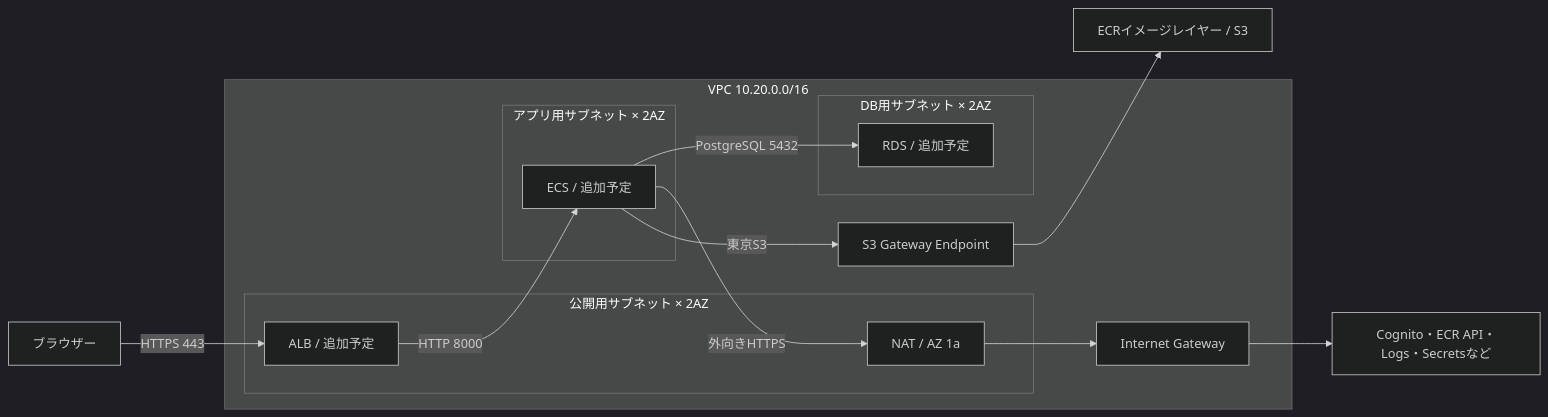
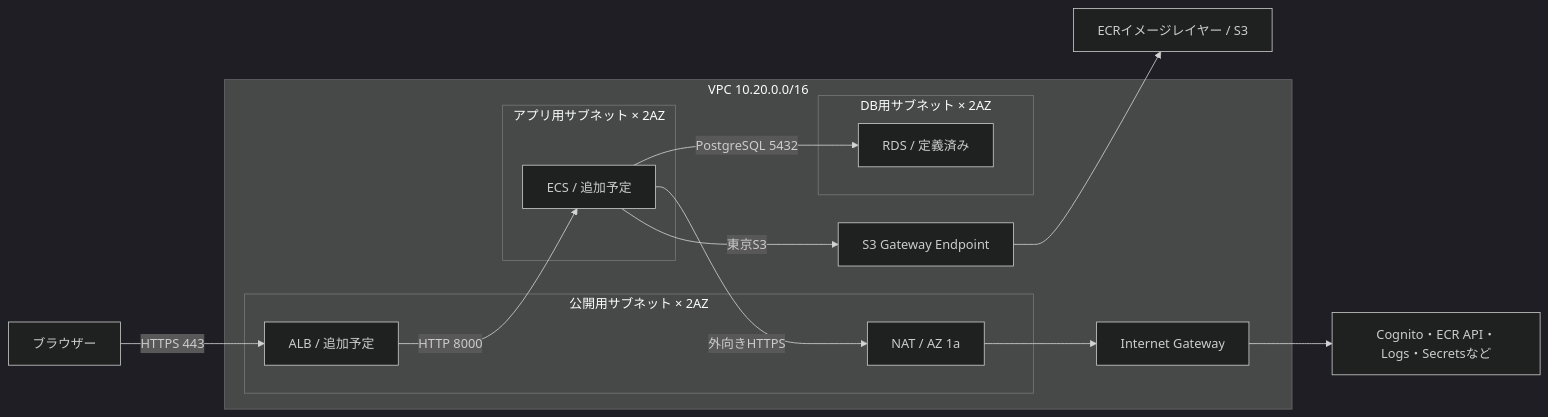
The diagram in docs/runbooks/terraform-network.md (Toridesu/reading-log), drawn with Mermaid (dark theme) before and after one commit. The commit also changed other lines of this file and 15 other files, not shown here.

````diff
--- a/docs/runbooks/terraform-network.md
+++ b/docs/runbooks/terraform-network.md
@@ -39,25 +39,25 @@
 ```mermaid
 flowchart LR
   USER[ブラウザー] -->|HTTPS 443| ALB
   subgraph VPC["VPC 10.20.0.0/16"]
     subgraph PUBLIC[公開用サブネット × 2AZ]
       ALB[ALB / 追加予定]
       NAT[NAT / AZ 1a]
     end
     subgraph APP[アプリ用サブネット × 2AZ]
       ECS[ECS / 追加予定]
     end
     subgraph DATA[DB用サブネット × 2AZ]
-      DB[RDS / 追加予定]
+      DB[RDS / 定義済み]
     end
     IGW[Internet Gateway]
     EP[S3 Gateway Endpoint]
     ALB -->|HTTP 8000| ECS
     ECS -->|PostgreSQL 5432| DB
     ECS -->|外向きHTTPS| NAT
     NAT --> IGW
     ECS -->|東京S3| EP
   end
   IGW --> EXT[Cognito・ECR API・Logs・Secretsなど]
   EP --> LAYERS[ECRイメージレイヤー / S3]
 ```
````
